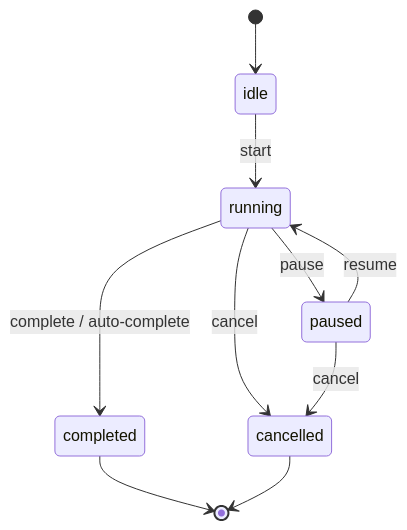
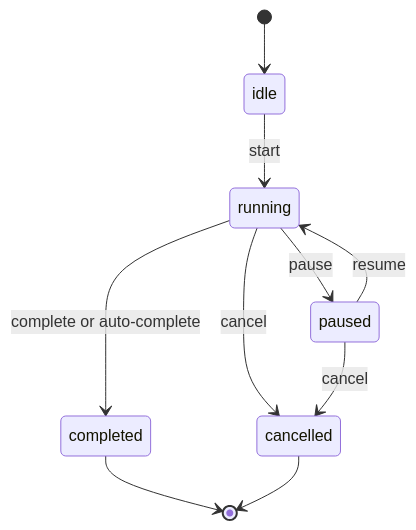
Before and after one commit to nguyenquanghuy22041990/FocusUp: the diagram in docs/interview-guide/design-patterns/state.md, drawn with Mermaid. The commit also changed 30 other files, not shown here.

````diff
--- a/docs/interview-guide/design-patterns/state.md
+++ b/docs/interview-guide/design-patterns/state.md
@@ -47,12 +47,12 @@
 ```mermaid
 stateDiagram-v2
     [*] --> idle
     idle --> running: start
     running --> paused: pause
     paused --> running: resume
-    running --> completed: complete / auto-complete
+    running --> completed: complete or auto-complete
     running --> cancelled: cancel
     paused --> cancelled: cancel
     completed --> [*]
     cancelled --> [*]
 ```
````
